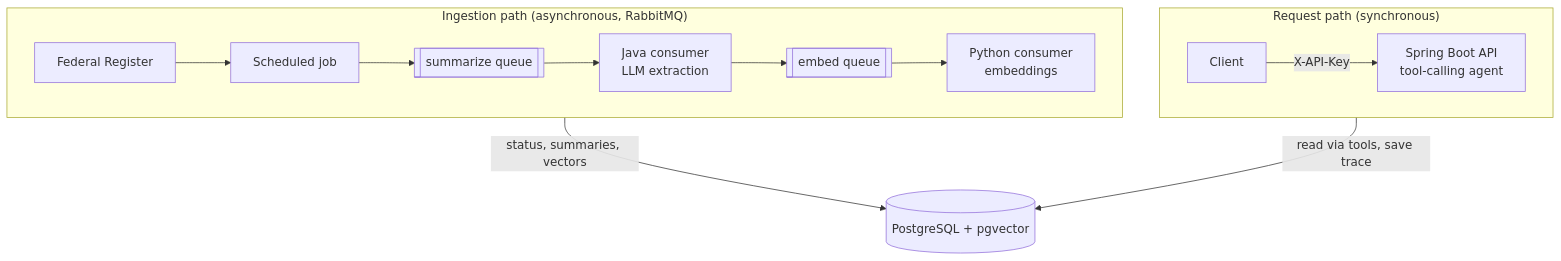
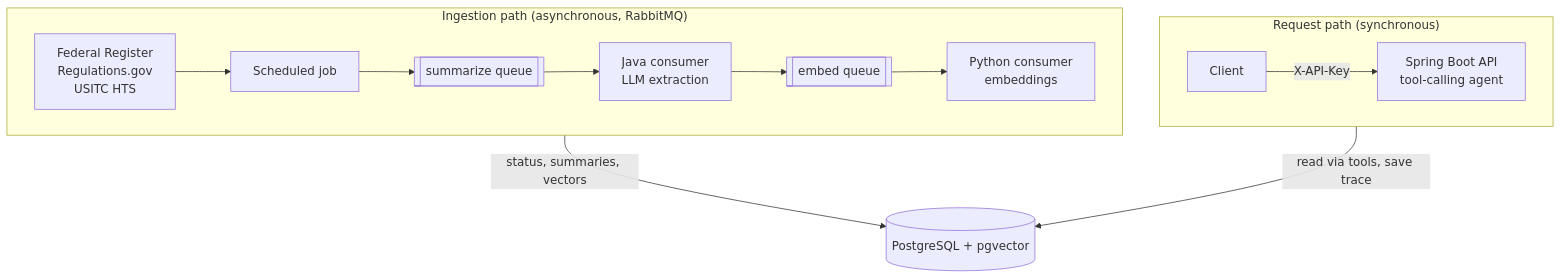
One commit to el010303/ingredient-market-intelligence-agent changed the diagram in README.md. Above: the diagram before and after it, drawn with Mermaid. The commit also changed other lines of this file and 5 other files, not shown here.

Commit message:
Add Regulations.gov (USTR Section 301) as data source 3 with cross-source dedup; isolate tool failures from requests

````diff
--- a/README.md
+++ b/README.md
@@ -67,17 +68,17 @@
 ```mermaid
 flowchart TB
     subgraph sync["Request path (synchronous)"]
         direction LR
         C[Client] -- "X-API-Key" --> A["Spring Boot API<br/>tool-calling agent"]
     end
 
     subgraph async["Ingestion path (asynchronous, RabbitMQ)"]
         direction LR
-        FR[Federal Register] --> J[Scheduled job] --> Q1[["summarize queue"]] --> S["Java consumer<br/>LLM extraction"] --> Q2[["embed queue"]] --> E["Python consumer<br/>embeddings"]
+        FR["Federal Register<br/>Regulations.gov<br/>USITC HTS"] --> J[Scheduled job] --> Q1[["summarize queue"]] --> S["Java consumer<br/>LLM extraction"] --> Q2[["embed queue"]] --> E["Python consumer<br/>embeddings"]
     end
 
     DB[("PostgreSQL + pgvector")]
 
     A -- "read via tools, save trace" --> DB
     async -- "status, summaries, vectors" --> DB
 ```
````
